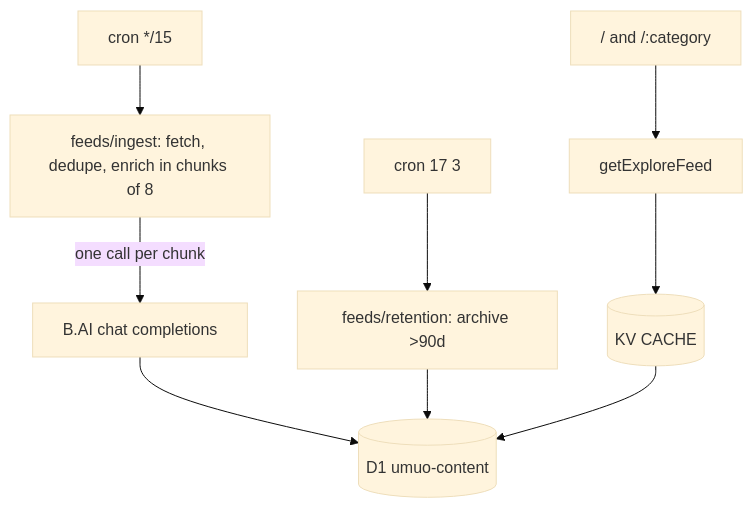
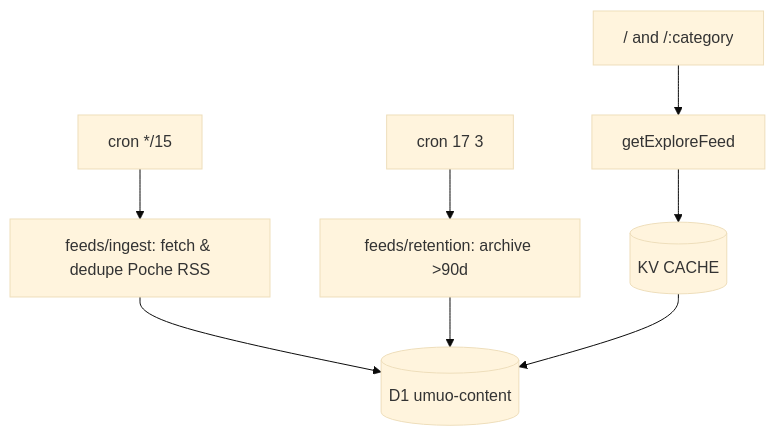
One commit to youming-ai/umuo changed the diagram in AGENTS.md. Above: the diagram before and after it, drawn with Mermaid (base theme). The commit also changed other lines of this file and 52 other files, not shown here.

First line of the commit message:
feat(feeds): pivot to Poche Explore RSS direct ingest (#124)

````diff
--- a/AGENTS.md
+++ b/AGENTS.md
@@ -11,10 +11,9 @@
 ```mermaid
 graph TD
-  Cron["cron */15"] --> Ingest[feeds/ingest: fetch, dedupe, enrich in chunks of 8]
-  Ingest -->|one call per chunk| LLM[B.AI chat completions]
-  LLM --> D1[(D1 umuo-content)]
+  Cron["cron */15"] --> Ingest[feeds/ingest: fetch & dedupe Poche RSS]
+  Ingest --> D1[(D1 umuo-content)]
   Sweep["cron 17 3"] --> Retention[feeds/retention: archive >90d]
   Retention --> D1
 
   Home["/ and /:category"] --> Explore[getExploreFeed] --> KV1[(KV CACHE)] --> D1
 ```
````
